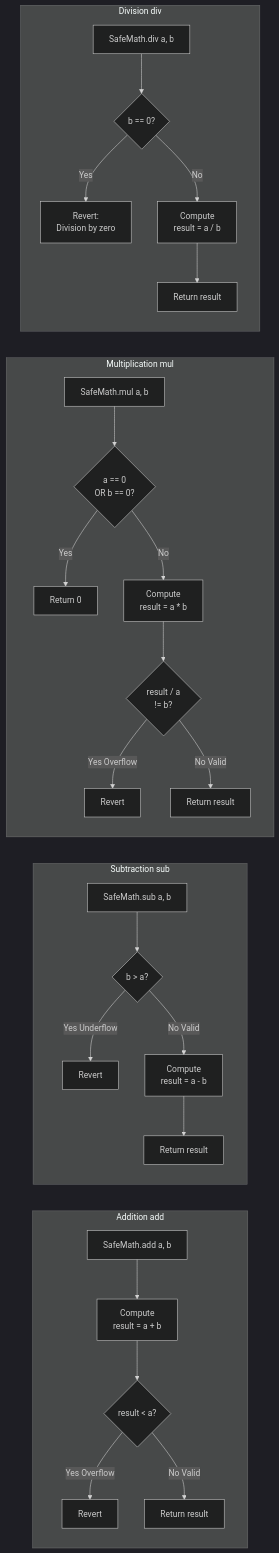
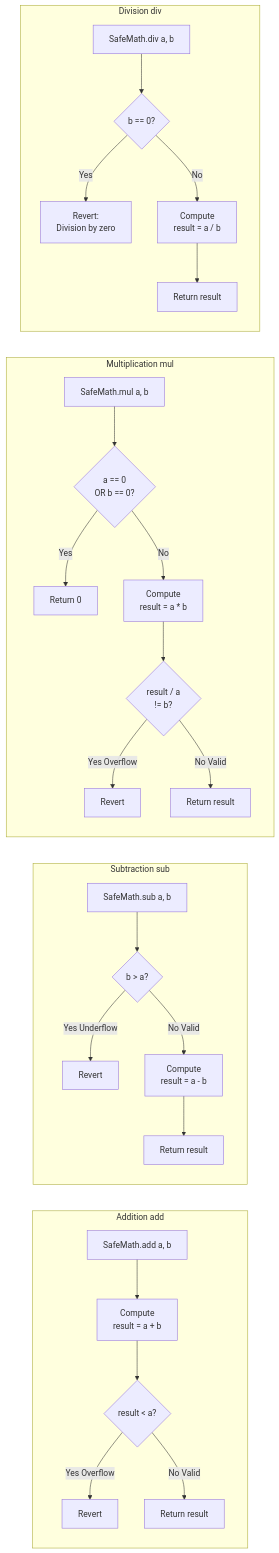
Before and after one commit to btc-vision/btc-runtime: the first of 3 diagrams in docs/api-reference/safe-math.md, drawn with Mermaid. The commit also changed other lines of this file and 3 other files, not shown here.

````diff
--- a/docs/api-reference/safe-math.md
+++ b/docs/api-reference/safe-math.md
@@ -86,36 +86,32 @@
 ```mermaid
----
-config:
-  theme: dark
----
 flowchart LR
     subgraph "Addition add"
         A[SafeMath.add a, b] --> B[Compute<br/>result = a + b]
         B --> C{result < a?}
         C -->|Yes Overflow| D[Revert]
         C -->|No Valid| E[Return result]
     end
 
     subgraph "Subtraction sub"
         F[SafeMath.sub a, b] --> G{b > a?}
         G -->|Yes Underflow| H[Revert]
         G -->|No Valid| I[Compute<br/>result = a - b]
         I --> J[Return result]
     end
 
     subgraph "Multiplication mul"
         K[SafeMath.mul a, b] --> L{a == 0<br/>OR b == 0?}
         L -->|Yes| M[Return 0]
         L -->|No| N[Compute<br/>result = a * b]
         N --> O{result / a<br/>!= b?}
         O -->|Yes Overflow| P[Revert]
         O -->|No Valid| Q[Return result]
     end
 
     subgraph "Division div"
         R[SafeMath.div a, b] --> S{b == 0?}
         S -->|Yes| T[Revert:<br/>Division by zero]
         S -->|No| U[Compute<br/>result = a / b]
         U --> V[Return result]
     end
 ```
````
